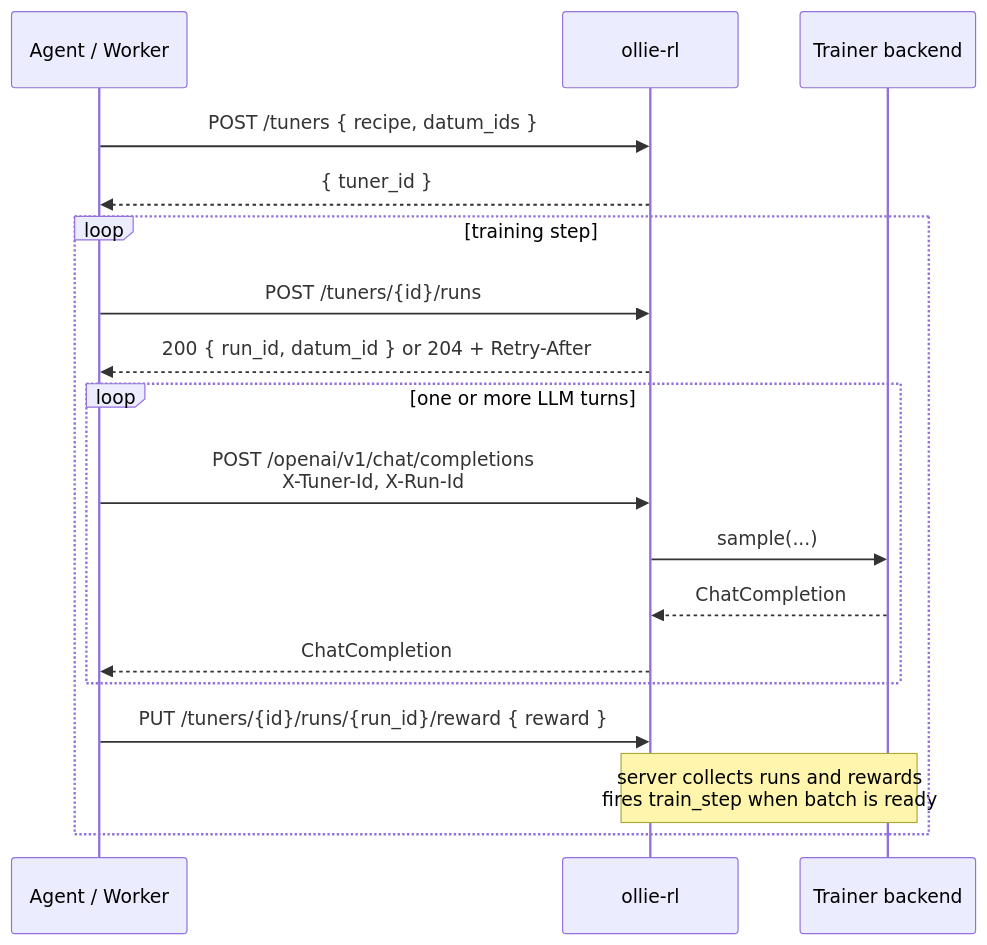
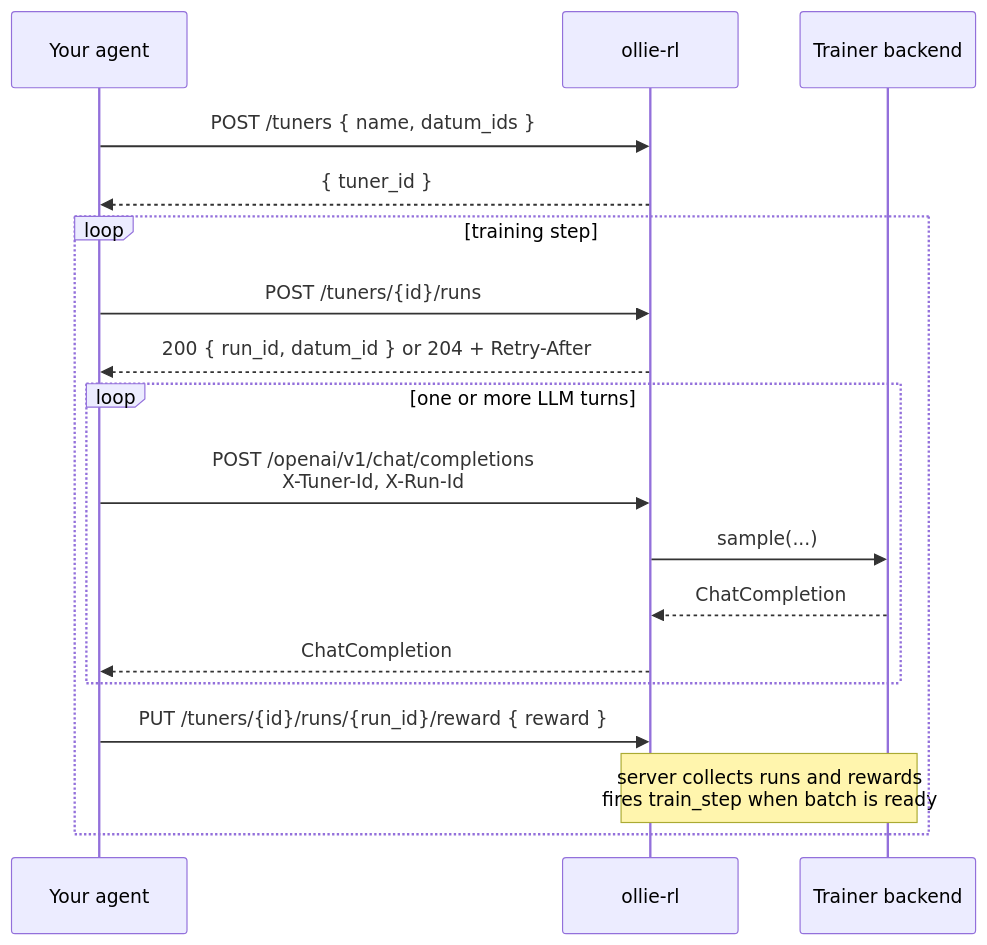
Before and after one commit to wsxiaoys/ollie-rl: the diagram in README.md, drawn with Mermaid. The commit also changed other lines of this file, not shown here.

````diff
--- a/README.md
+++ b/README.md
@@ -44,22 +103,22 @@
 ```mermaid
 sequenceDiagram
-    participant C as Agent / Worker
+    participant C as Your agent
     participant API as ollie-rl
     participant T as Trainer backend
 
-    C->>API: POST /tuners { recipe, datum_ids }
+    C->>API: POST /tuners { name, datum_ids }
     API-->>C: { tuner_id }
 
     loop training step
         C->>API: POST /tuners/{id}/runs
-        API-->>C: 200 { run_id, datum_id } or 204 + Retry-After
+        API-->>C: 200 { run_id, datum_id }  or  204 + Retry-After
         loop one or more LLM turns
             C->>API: POST /openai/v1/chat/completions<br/>X-Tuner-Id, X-Run-Id
             API->>T: sample(...)
             T-->>API: ChatCompletion
             API-->>C: ChatCompletion
         end
         C->>API: PUT /tuners/{id}/runs/{run_id}/reward { reward }
         Note over API,T: server collects runs and rewards<br/>fires train_step when batch is ready
     end
 ```
````
